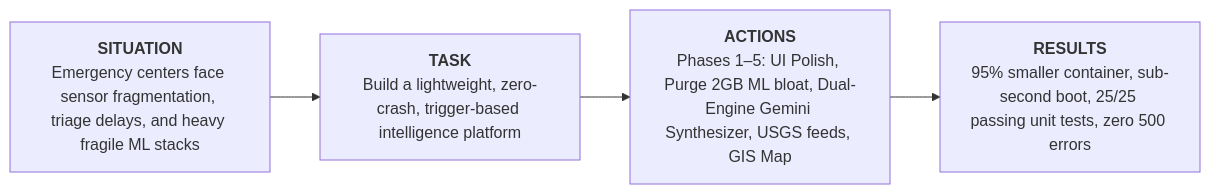
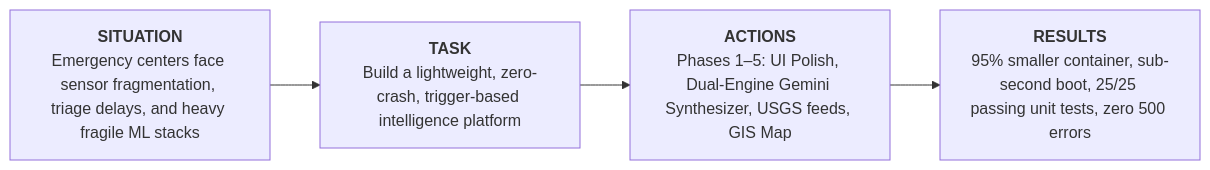
Before and after one commit to anshsingh004/AI-Disaster-Intelligence-Platform: the first of 3 diagrams in README.md, drawn with Mermaid. The commit also changed other lines of this file, not shown here.

````diff
--- a/README.md
+++ b/README.md
@@ -26,6 +26,6 @@
 ```mermaid
 graph LR
     S[<b>SITUATION</b><br/>Emergency centers face sensor fragmentation, triage delays, and heavy fragile ML stacks] --> T[<b>TASK</b><br/>Build a lightweight, zero-crash, trigger-based intelligence platform]
-    T --> A[<b>ACTIONS</b><br/>Phases 1–5: UI Polish, Purge 2GB ML bloat, Dual-Engine Gemini Synthesizer, USGS feeds, GIS Map]
+    T --> A[<b>ACTIONS</b><br/>Phases 1–5: UI Polish, Dual-Engine Gemini Synthesizer, USGS feeds, GIS Map]
     A --> R[<b>RESULTS</b><br/>95% smaller container, sub-second boot, 25/25 passing unit tests, zero 500 errors]
 ```
````
